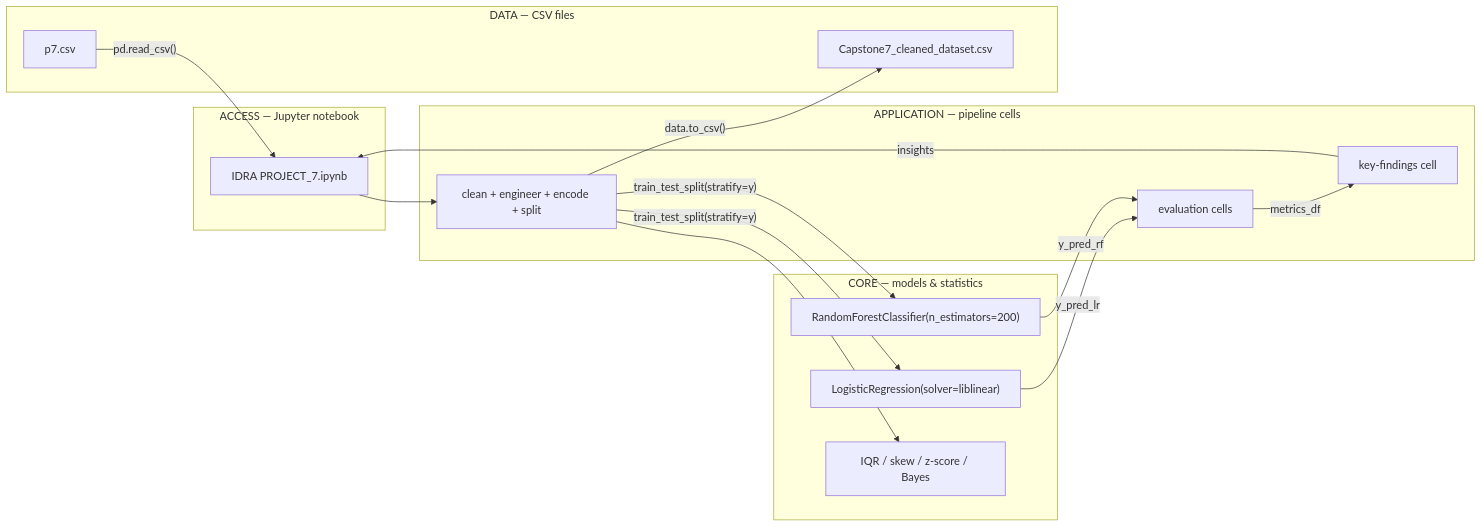
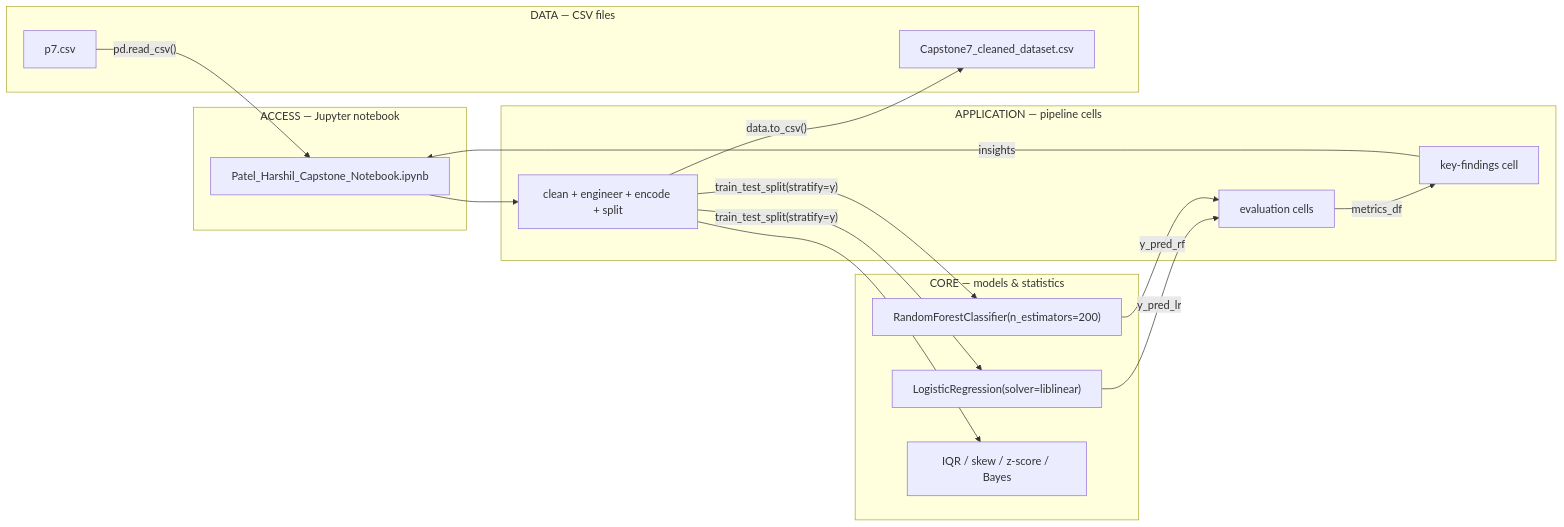
The first of 2 diagrams in README.md (Harshil2992005/Capstone-Project-IDRA), drawn with Mermaid before and after one commit. The commit also changed other lines of this file and 5 other files, not shown here.

Commit message:
Rename notebook, add final report PDF, update README and project files

````diff
--- a/README.md
+++ b/README.md
@@ -57,30 +57,30 @@
 ```mermaid
 flowchart LR
     subgraph ACCESS["ACCESS — Jupyter notebook"]
-        NB["IDRA PROJECT_7.ipynb"]
+        NB["Patel_Harshil_Capstone_Notebook.ipynb"]
     end
     subgraph APP["APPLICATION — pipeline cells"]
         CLN["clean + engineer + encode + split"]
         EVAL["evaluation cells"]
         KF["key-findings cell"]
     end
     subgraph CORE["CORE — models & statistics"]
         LR["LogisticRegression(solver=liblinear)"]
         RF["RandomForestClassifier(n_estimators=200)"]
         STAT["IQR / skew / z-score / Bayes"]
     end
     subgraph DATA["DATA — CSV files"]
         RAW["p7.csv"]
         CLEAN["Capstone7_cleaned_dataset.csv"]
     end
 
     RAW -->|"pd.read_csv()"| NB
     NB --> CLN --> STAT
     CLN -->|"train_test_split(stratify=y)"| LR
     CLN -->|"train_test_split(stratify=y)"| RF
     LR -->|"y_pred_lr"| EVAL
     RF -->|"y_pred_rf"| EVAL
     EVAL -->|"metrics_df"| KF
     KF -->|"insights"| NB
     CLN -->|"data.to_csv()"| CLEAN
 ```
````
